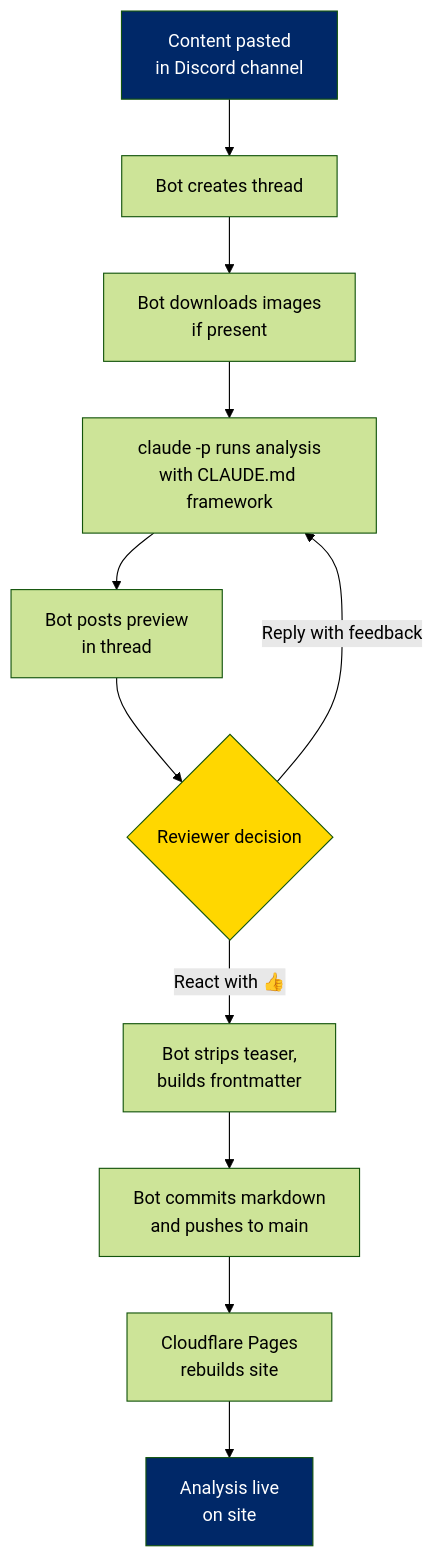
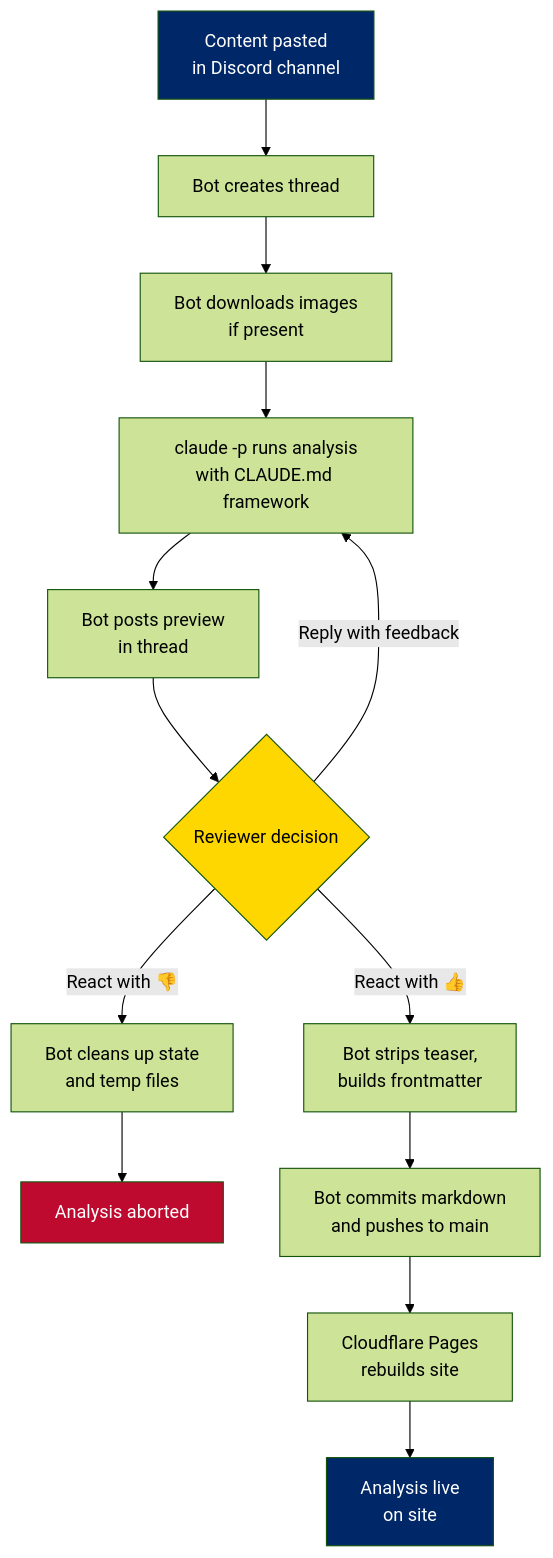
Before and after one commit to sseely/rhetorical-autopsy: the diagram in README.md, drawn with Mermaid (forest theme). The commit also changed 5 other files, not shown here.

````diff
--- a/README.md
+++ b/README.md
@@ -29,17 +29,20 @@
 ```mermaid
 flowchart TD
     A["Content pasted<br/>in Discord channel"] --> B[Bot creates thread]
     B --> C["Bot downloads images<br/>if present"]
     C --> D["claude -p runs analysis<br/>with CLAUDE.md framework"]
     D --> E["Bot posts preview<br/>in thread"]
     E --> F{Reviewer decision}
     F -->|Reply with feedback| D
+    F -->|"React with 👎"| K["Bot cleans up state<br/>and temp files"]
+    K --> L["Analysis aborted"]
     F -->|"React with 👍"| G["Bot strips teaser,<br/>builds frontmatter"]
     G --> H["Bot commits markdown<br/>and pushes to main"]
     H --> I["Cloudflare Pages<br/>rebuilds site"]
     I --> J["Analysis live<br/>on site"]
 
     style A fill:#002868,color:#fff
     style J fill:#002868,color:#fff
+    style L fill:#bf0a30,color:#fff
     style F fill:#ffd700,color:#000
 ```
````
